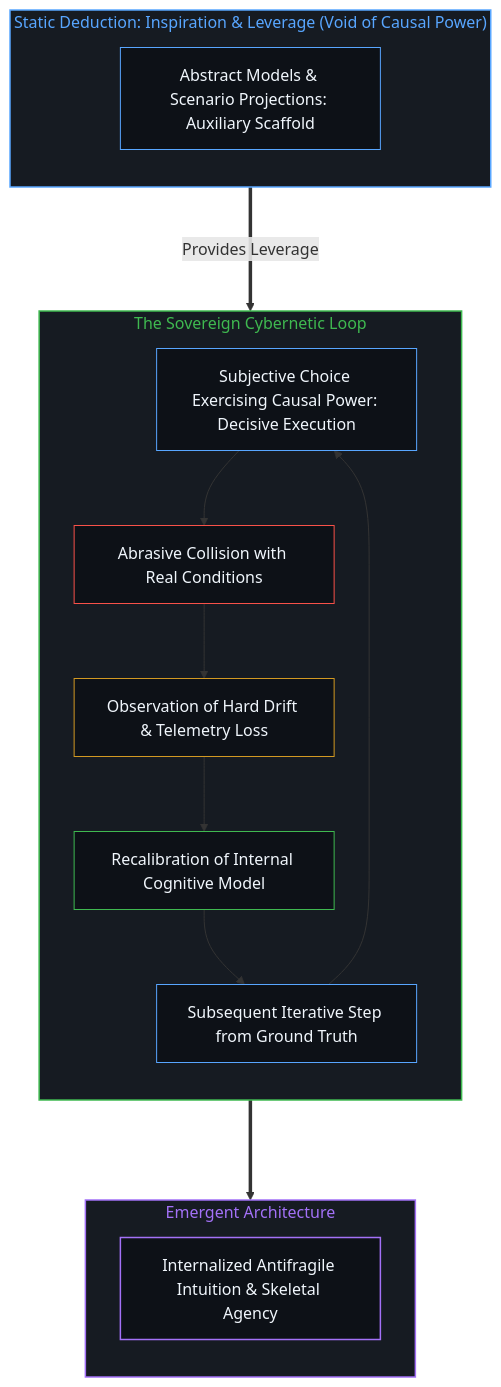
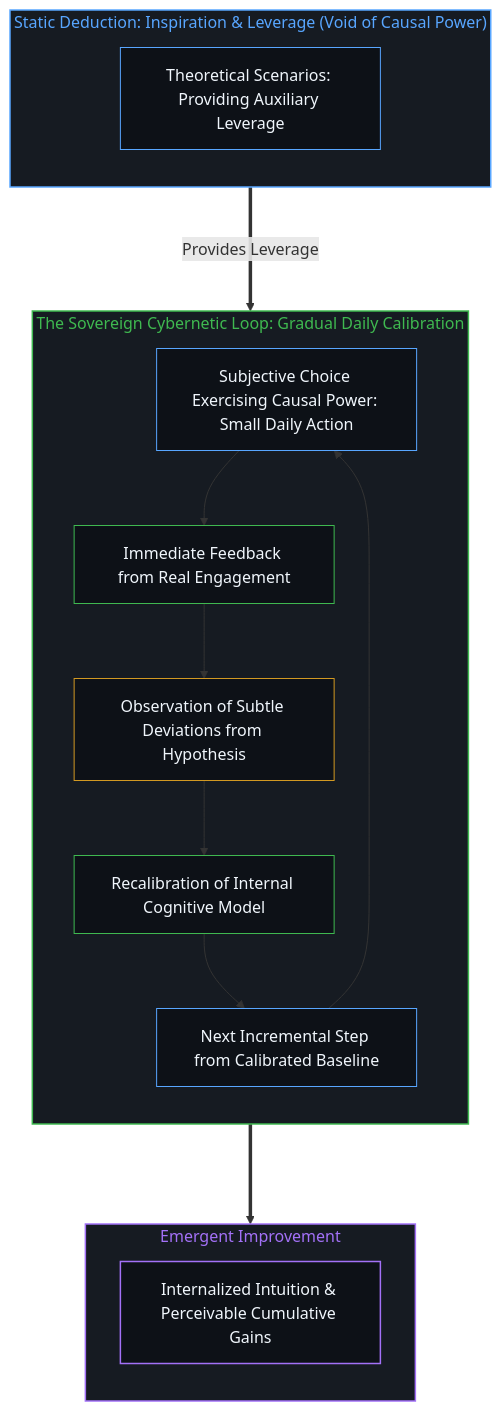
One commit to powerpig99/not-a-toe changed the eighth of 10 diagrams in content/posts/choice-itself-has-no-inherent-weight.md. Above: the diagram before and after it, drawn with Mermaid. The commit also changed other lines of this file and 4 other files, not shown here.

Commit message:
Purge hardness framing: choice has zero cost when gradual; only perceivable improvement

````diff
--- a/content/posts/choice-itself-has-no-inherent-weight.md
+++ b/content/posts/choice-itself-has-no-inherent-weight.md
@@ -259,35 +277,35 @@
 ```mermaid
 graph TD
     subgraph S_Input_EN ["Static Deduction: Inspiration & Leverage (Void of Causal Power)"]
         direction TB
-        IE_Model["Abstract Models & Scenario Projections: Auxiliary Scaffold"]
+        IE_Model["Theoretical Scenarios: Providing Auxiliary Leverage"]
     end
 
-    subgraph S_Loop_EN ["The Sovereign Cybernetic Loop"]
+    subgraph S_Loop_EN ["The Sovereign Cybernetic Loop: Gradual Daily Calibration"]
         direction TB
-        LE_Try["Subjective Choice Exercising Causal Power: Decisive Execution"] --> LE_Friction["Abrasive Collision with Real Conditions"]
-        LE_Friction --> LE_Observe["Observation of Hard Drift & Telemetry Loss"]
+        LE_Try["Subjective Choice Exercising Causal Power: Small Daily Action"] --> LE_Feedback["Immediate Feedback from Real Engagement"]
+        LE_Feedback --> LE_Observe["Observation of Subtle Deviations from Hypothesis"]
         LE_Observe --> LE_Adjust["Recalibration of Internal Cognitive Model"]
-        LE_Adjust --> LE_Next["Subsequent Iterative Step from Ground Truth"]
+        LE_Adjust --> LE_Next["Next Incremental Step from Calibrated Baseline"]
         LE_Next --> LE_Try
     end
 
-    subgraph S_Output_EN ["Emergent Architecture"]
+    subgraph S_Output_EN ["Emergent Improvement"]
         direction TB
-        OE_Bone["Internalized Antifragile Intuition & Skeletal Agency"]
+        OE_Bone["Internalized Intuition & Perceivable Cumulative Gains"]
     end
 
     IE_Model ===>|Provides Leverage| LE_Try
     LE_Adjust ===> OE_Bone
 
     style S_Input_EN fill:#161b22,stroke:#58a6ff,stroke-width:1.5px,color:#58a6ff
     style S_Loop_EN fill:#161b22,stroke:#3fb950,stroke-width:1.5px,color:#3fb950
     style S_Output_EN fill:#161b22,stroke:#a371f7,stroke-width:1.5px,color:#a371f7
     style IE_Model fill:#0d1117,stroke:#58a6ff,stroke-width:1px,color:#f0f6fc
     style LE_Try fill:#0d1117,stroke:#58a6ff,stroke-width:1px,color:#f0f6fc
-    style LE_Friction fill:#0d1117,stroke:#f85149,stroke-width:1px,color:#f0f6fc
+    style LE_Feedback fill:#0d1117,stroke:#3fb950,stroke-width:1px,color:#f0f6fc
     style LE_Observe fill:#0d1117,stroke:#d29922,stroke-width:1px,color:#f0f6fc
     style LE_Adjust fill:#0d1117,stroke:#3fb950,stroke-width:1px,color:#f0f6fc
     style LE_Next fill:#0d1117,stroke:#58a6ff,stroke-width:1px,color:#f0f6fc
     style OE_Bone fill:#0d1117,stroke:#a371f7,stroke-width:1.5px,color:#f0f6fc
 ```
````
